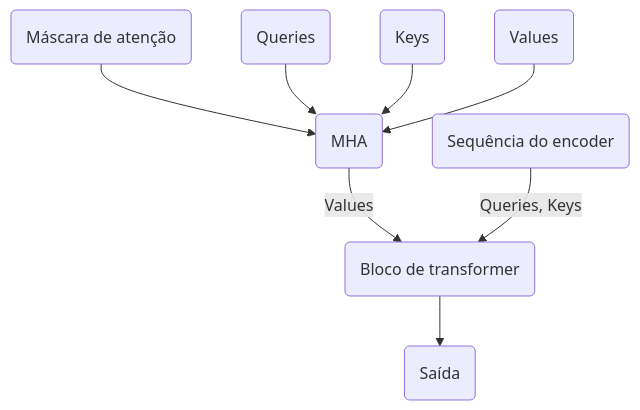
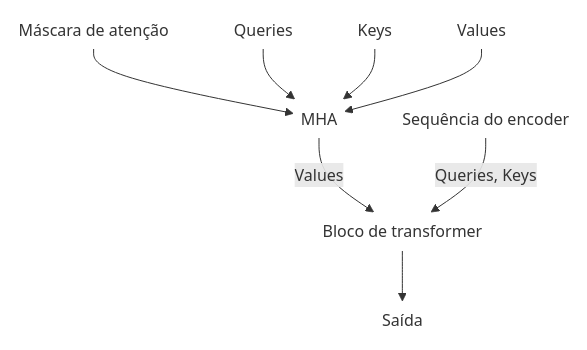
Before and after one commit to eshiraishi/eshiraishi.github.io: the sixth of 7 diagrams in src/content/posts/transformers.md, drawn with Mermaid. The commit also changed other lines of this file and 3 other files, not shown here.

Commit message:
feat: remove borders from diagrams

````diff
--- a/src/content/posts/transformers.md
+++ b/src/content/posts/transformers.md
@@ -1757,18 +1754,18 @@
 ```mermaid
 flowchart
-    encoderOutput(Sequência do encoder)
-    Value(Values)
-    Key(Keys)
-    Query(Queries)
-    MHA(MHA)
-    DecoderBlock(Bloco de transformer)
-    decoderBlockOutput(Saída)
-    attentionMask(Máscara de atenção)
+    encoderOutput@{ shape: text, label: "Sequência do encoder" }
+    Value@{ shape: text, label: "Values" }
+    Key@{ shape: text, label: "Keys" }
+    Query@{ shape: text, label: "Queries" }
+    MHA@{ shape: text, label: "MHA" }
+    DecoderBlock@{ shape: text, label: "Bloco de transformer" }
+    decoderBlockOutput@{ shape: text, label: "Saída" }
+    attentionMask@{ shape: text, label: "Máscara de atenção" }
     attentionMask --> MHA
     Query --> MHA
     Key --> MHA
     Value --> MHA
     MHA -- Values --> DecoderBlock
     encoderOutput -- Queries, Keys --> DecoderBlock
     DecoderBlock --> decoderBlockOutput
 ```
````
